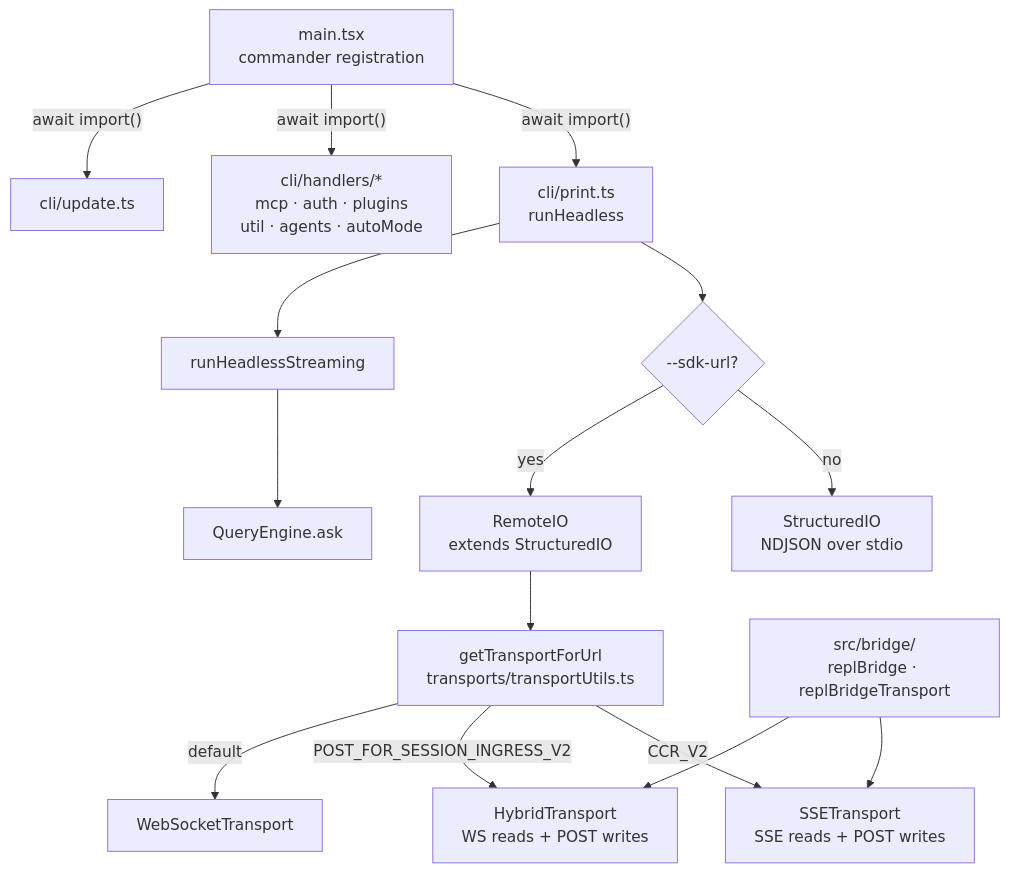
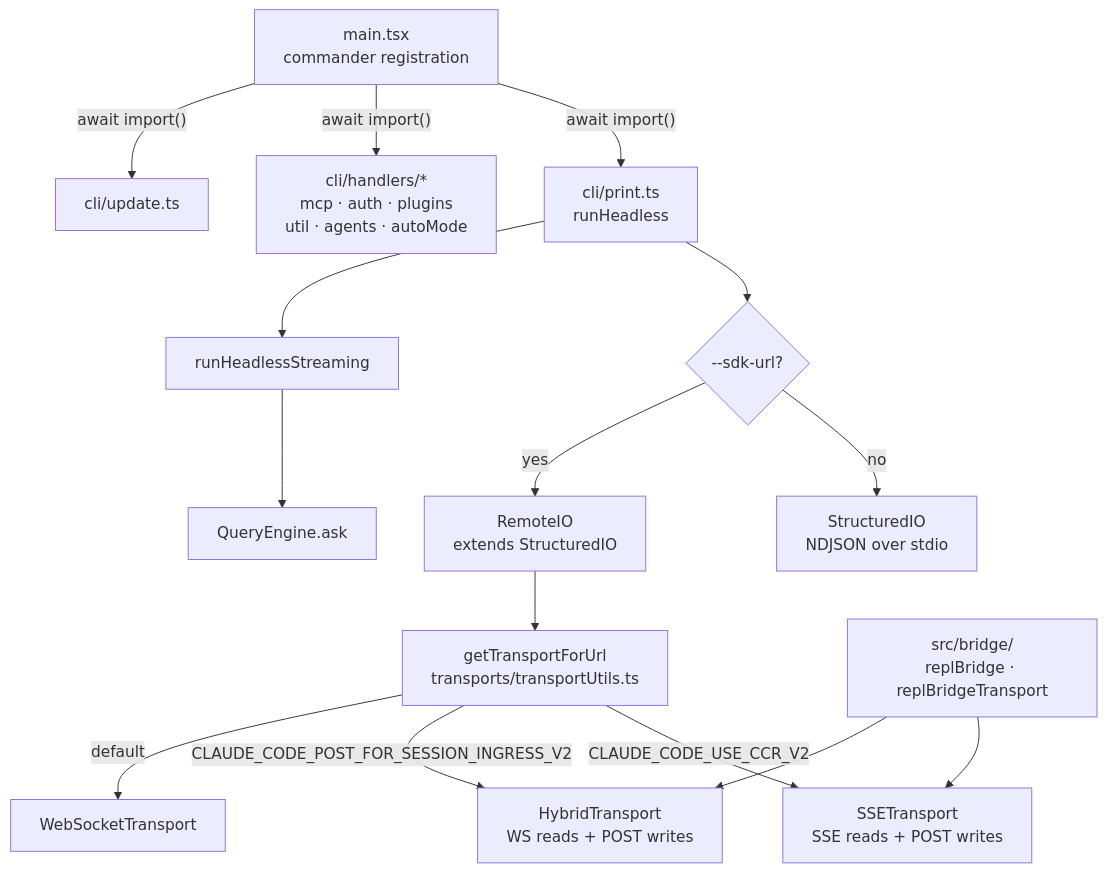
One commit to cristianizzo/axa-chat changed the eighth of 8 diagrams in docs/ARCHITECTURE.md. Above: the diagram before and after it, drawn with Mermaid. The commit also changed other lines of this file, not shown here.

````diff
--- a/docs/ARCHITECTURE.md
+++ b/docs/ARCHITECTURE.md
@@ -539,17 +550,17 @@
 ```mermaid
 flowchart TD
     M["main.tsx<br/>commander registration"] -->|"await import()"| P["cli/print.ts<br/>runHeadless"]
     M -->|"await import()"| H["cli/handlers/*<br/>mcp · auth · plugins<br/>util · agents · autoMode"]
     M -->|"await import()"| U["cli/update.ts"]
     P --> S{"--sdk-url?"}
     S -->|no| SIO["StructuredIO<br/>NDJSON over stdio"]
     S -->|yes| RIO["RemoteIO<br/>extends StructuredIO"]
     RIO --> TU["getTransportForUrl<br/>transports/transportUtils.ts"]
-    TU -->|"CCR_V2"| T1["SSETransport<br/>SSE reads + POST writes"]
-    TU -->|"POST_FOR_SESSION_INGRESS_V2"| T2["HybridTransport<br/>WS reads + POST writes"]
+    TU -->|"CLAUDE_CODE_USE_CCR_V2"| T1["SSETransport<br/>SSE reads + POST writes"]
+    TU -->|"CLAUDE_CODE_POST_FOR_SESSION_INGRESS_V2"| T2["HybridTransport<br/>WS reads + POST writes"]
     TU -->|default| T3["WebSocketTransport"]
     B["src/bridge/<br/>replBridge · replBridgeTransport"] --> T1
     B --> T2
     P --> RS["runHeadlessStreaming"]
     RS --> QE["QueryEngine.ask"]
 ```
````
